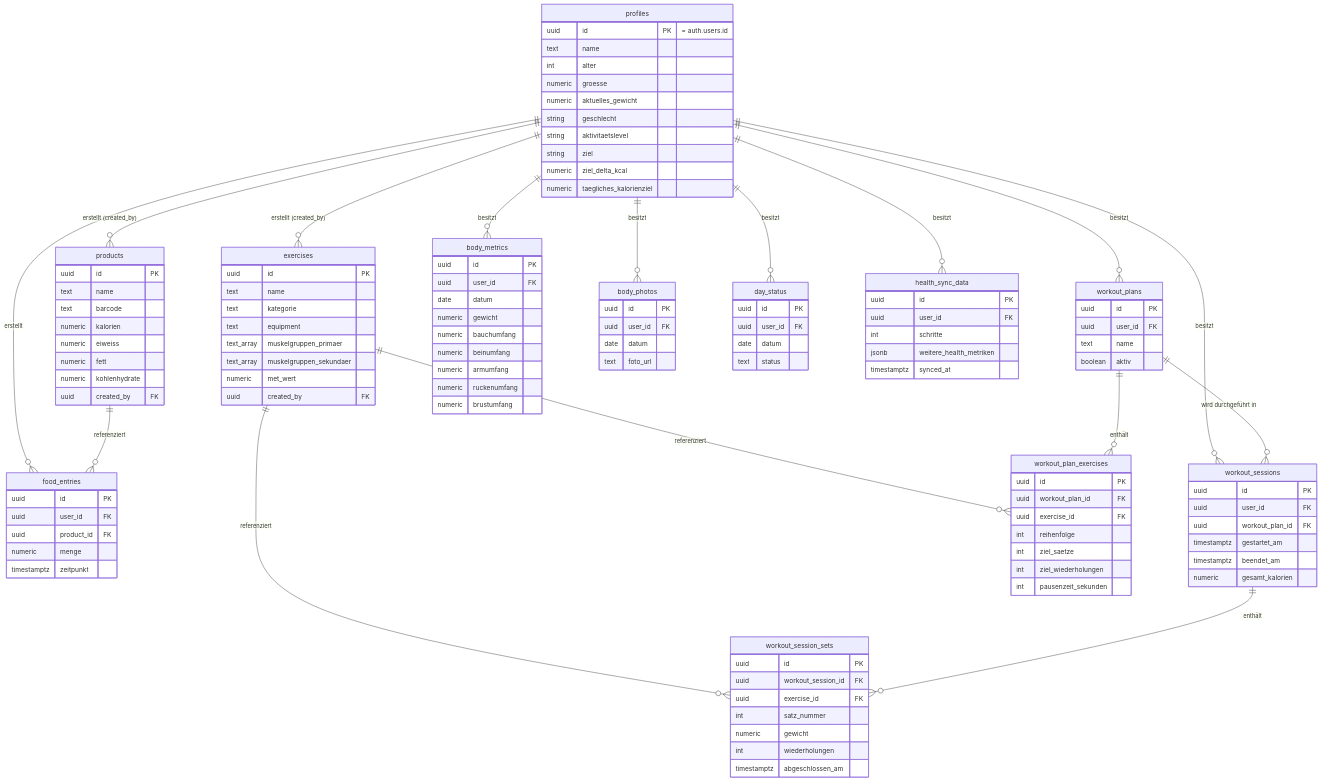
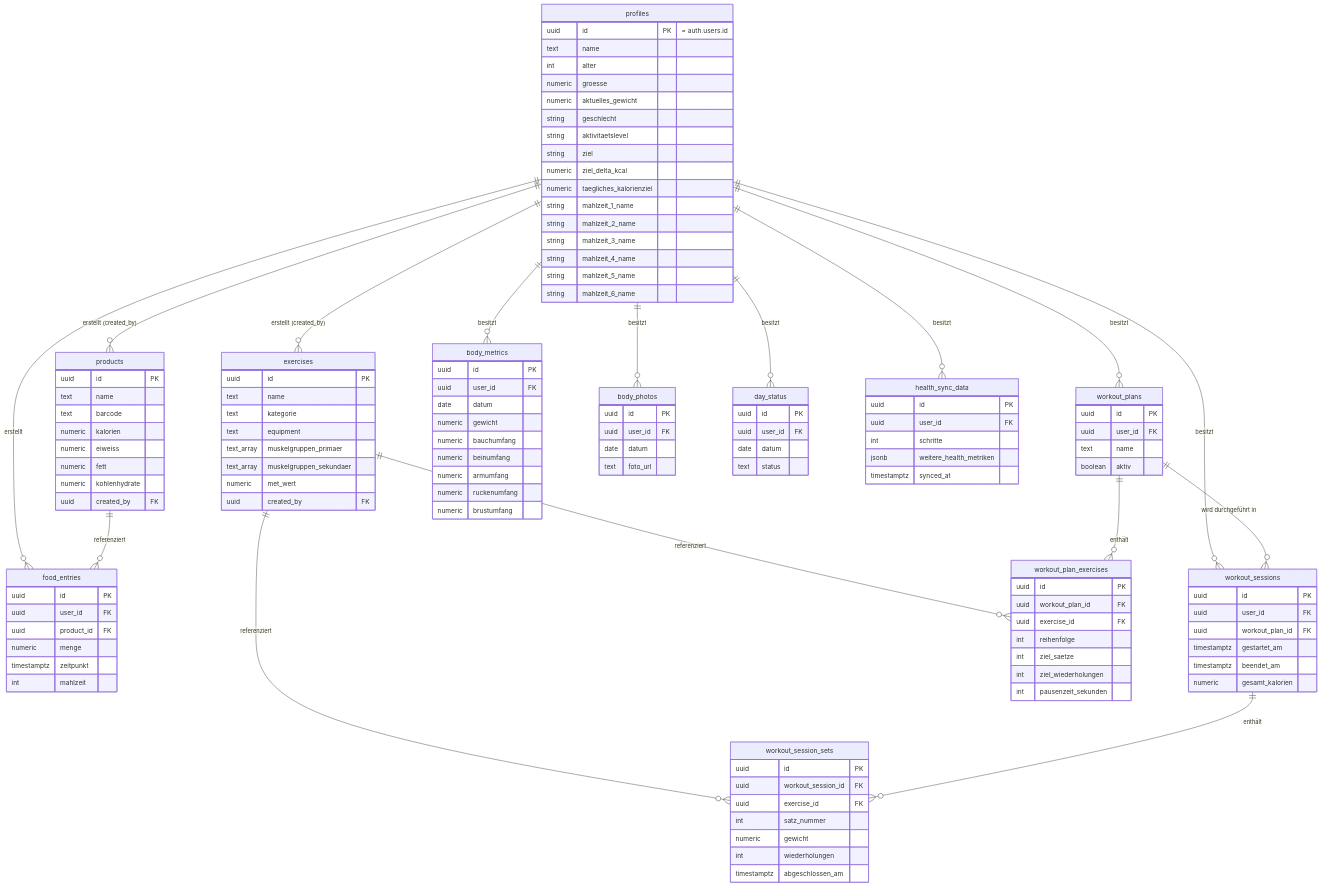
The diagram in docs/domaenenmodell.md (SueleymanOezel/fitness-app), drawn with Mermaid before and after one commit. The commit also changed other lines of this file and 1 other file, not shown here.

Commit message:
docs: record the meal sections

```diff
--- a/docs/domaenenmodell.md
+++ b/docs/domaenenmodell.md
@@ -48,6 +48,12 @@
         string ziel
         numeric ziel_delta_kcal
         numeric taegliches_kalorienziel
+        string mahlzeit_1_name
+        string mahlzeit_2_name
+        string mahlzeit_3_name
+        string mahlzeit_4_name
+        string mahlzeit_5_name
+        string mahlzeit_6_name
     }
 
     products {
@@ -67,6 +73,7 @@
         uuid product_id FK
         numeric menge
         timestamptz zeitpunkt
+        int mahlzeit
     }
 
     exercises {
```
